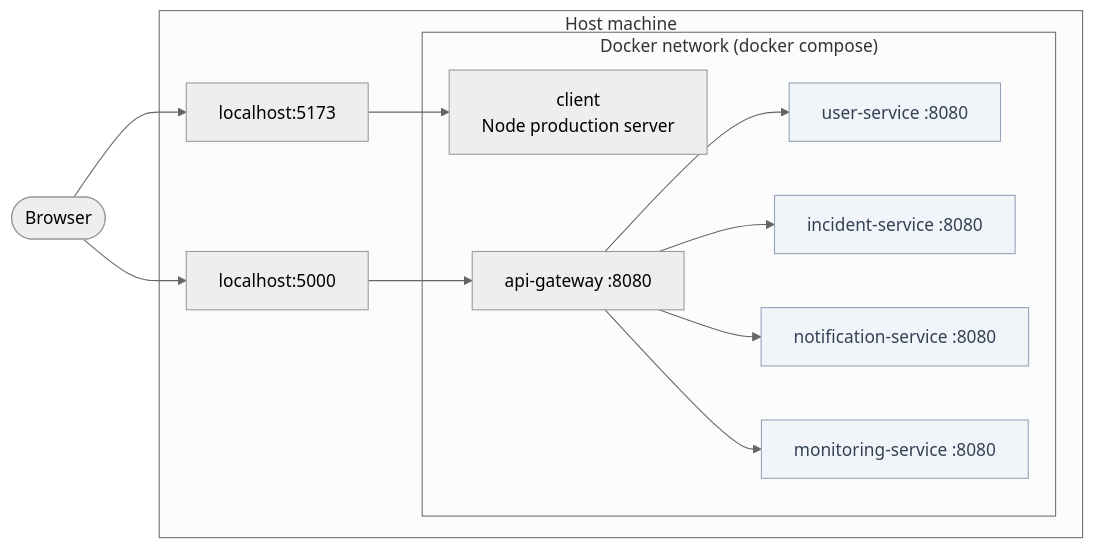
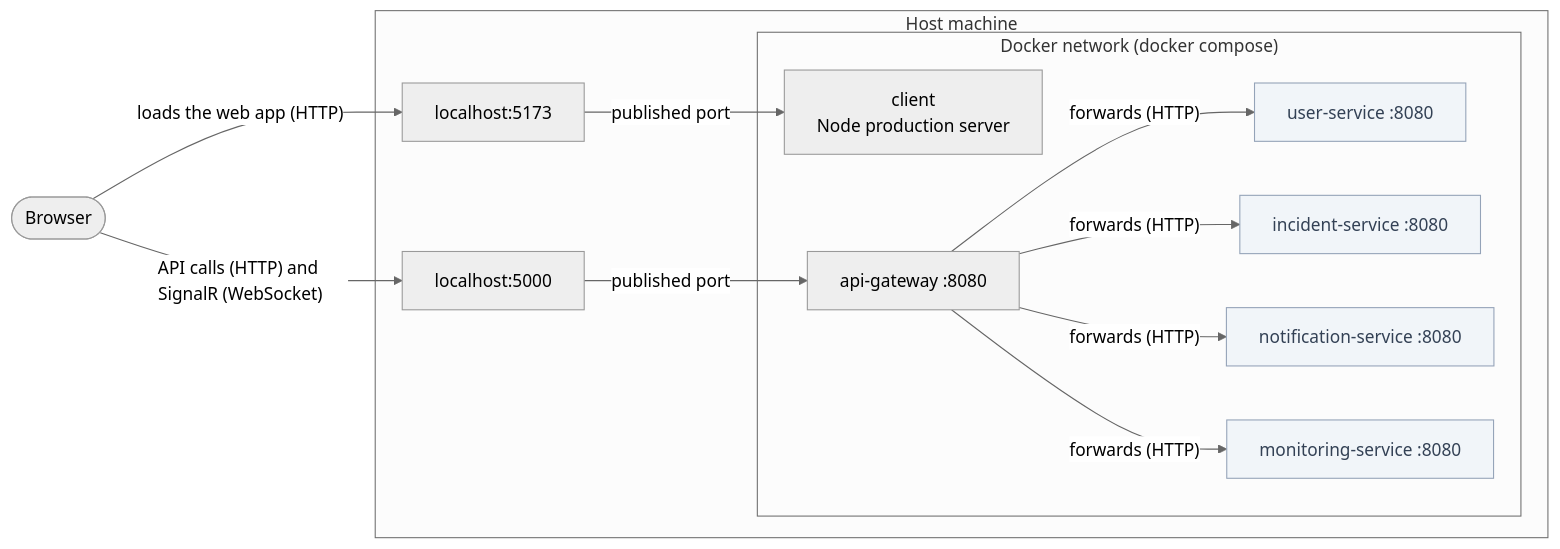
The diagram in project/docs/diagrams/07-deployment.mmd (merictopal/incident-management-system), drawn with Mermaid (neutral theme) before and after one commit. The commit also changed 16 other files, not shown here.

Commit message:
Align diagrams with the course diagram rules and the code

```diff
--- a/project/docs/diagrams/07-deployment.mmd
+++ b/project/docs/diagrams/07-deployment.mmd
@@ -1,19 +1,21 @@
 flowchart LR
     browser(["Browser"])
     subgraph host["Host machine"]
         p5173["localhost:5173"]
         p5000["localhost:5000"]
         subgraph docker["Docker network (docker compose)"]
             client["client<br/>Node production server"]
             gateway["api-gateway :8080"]
             user["user-service :8080"]
             incident["incident-service :8080"]
             notification["notification-service :8080"]
             monitoring["monitoring-service :8080"]
         end
     end
-    browser --> p5173 --> client
-    browser --> p5000 --> gateway
-    gateway --> user & incident & notification & monitoring
+    browser -- "loads the web app (HTTP)" --> p5173
+    p5173 -- "published port" --> client
+    browser -- "API calls (HTTP) and SignalR (WebSocket)" --> p5000
+    p5000 -- "published port" --> gateway
+    gateway -- "forwards (HTTP)" --> user & incident & notification & monitoring
     classDef hidden fill:#f1f5f9,stroke:#94a3b8,color:#334155
     class user,incident,notification,monitoring hidden
```
